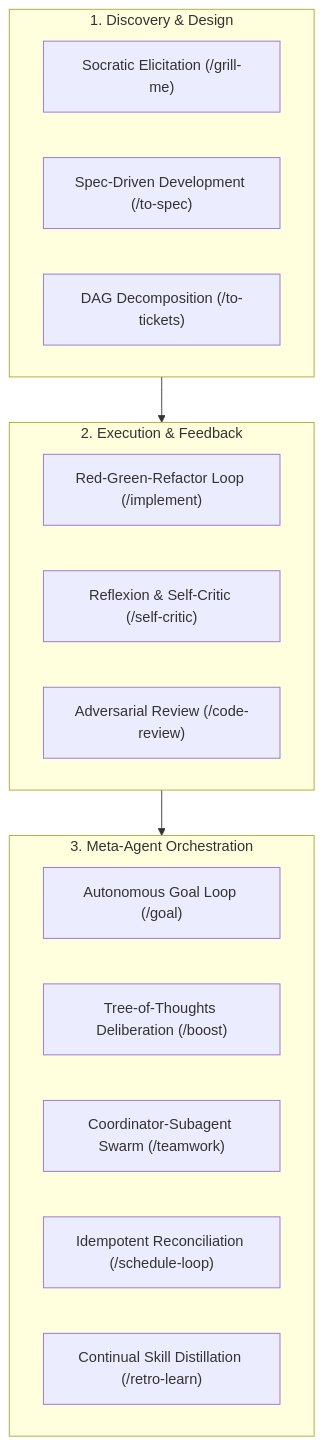
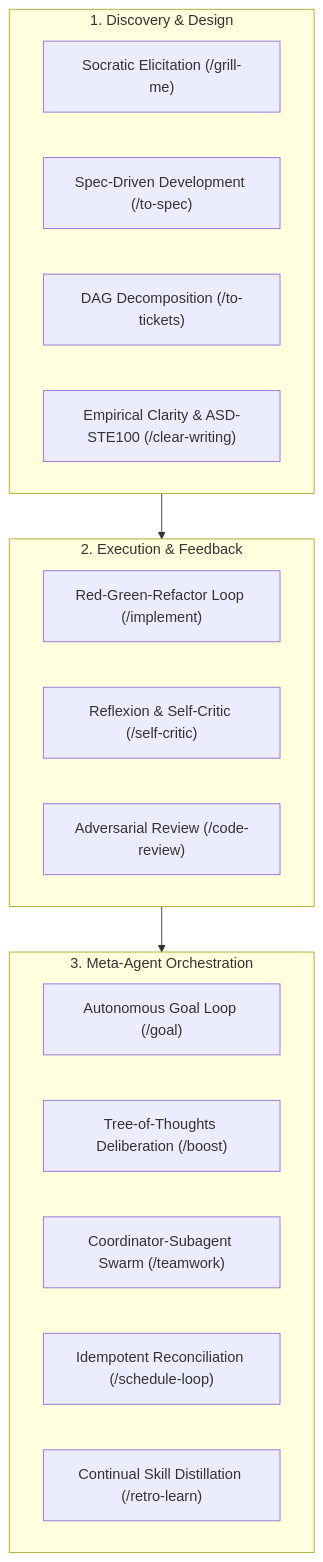
One commit to lidorshimoni/agentic-coding-design-patterns changed the diagram in docs/agentic_design_patterns.md. Above: the diagram before and after it, drawn with Mermaid. The commit also changed other lines of this file and 10 other files, not shown here.

Commit message:
feat: integrate clear-writing skill across all harnesses and docs

````diff
--- a/docs/agentic_design_patterns.md
+++ b/docs/agentic_design_patterns.md
@@ -20,25 +20,26 @@
 ```mermaid
 flowchart TD
     subgraph Discovery["1. Discovery & Design"]
         Grill["Socratic Elicitation (/grill-me)"]
         Spec["Spec-Driven Development (/to-spec)"]
         Decomp["DAG Decomposition (/to-tickets)"]
+        Writing["Empirical Clarity & ASD-STE100 (/clear-writing)"]
     end
 
     subgraph Execution["2. Execution & Feedback"]
         TDD["Red-Green-Refactor Loop (/implement)"]
         Reflect["Reflexion & Self-Critic (/self-critic)"]
         Review["Adversarial Review (/code-review)"]
     end
 
     subgraph Meta["3. Meta-Agent Orchestration"]
         Goal["Autonomous Goal Loop (/goal)"]
         Boost["Tree-of-Thoughts Deliberation (/boost)"]
         Team["Coordinator-Subagent Swarm (/teamwork)"]
         Reconcile["Idempotent Reconciliation (/schedule-loop)"]
         Memory["Continual Skill Distillation (/retro-learn)"]
     end
 
     Discovery --> Execution
     Execution --> Meta
 ```
````
